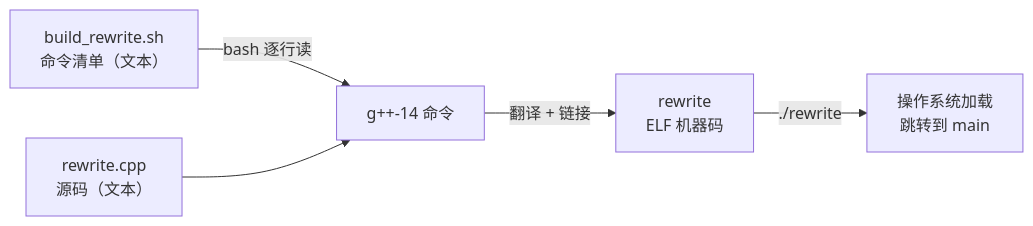
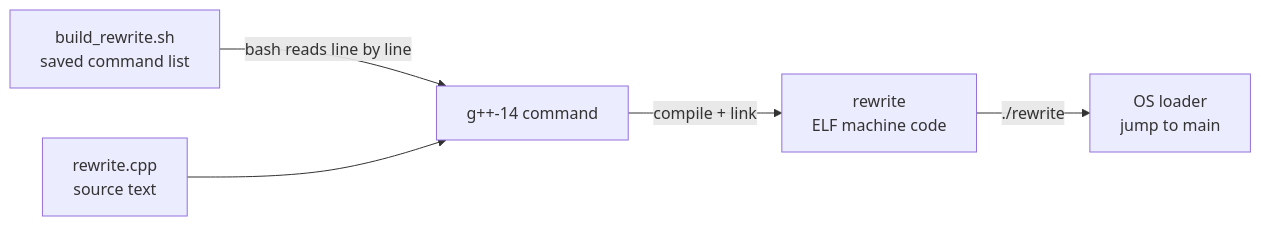
One commit to Korotomx/STD changed the diagram in Artificial_Intelligence/CUDA/学习笔记/T00 编译与链接 TensorRT 程序.md. Above: the diagram before and after it, drawn with Mermaid. The commit also changed other lines of this file and 173 other files, not shown here.

````diff
--- a/Artificial_Intelligence/CUDA/学习笔记/T00 编译与链接 TensorRT 程序.md
+++ b/Artificial_Intelligence/CUDA/学习笔记/T00 编译与链接 TensorRT 程序.md
@@ -23,7 +3,7 @@
 ```mermaid
 flowchart LR
-    S["build_rewrite.sh<br/>命令清单（文本）"] -->|"bash 逐行读"| G["g++-14 命令"]
-    A["rewrite.cpp<br/>源码（文本）"] --> G
-    G -->|"翻译 + 链接"| B["rewrite<br/>ELF 机器码"]
-    B -->|"./rewrite"| C["操作系统加载<br/>跳转到 main"]
+    S["build_rewrite.sh<br/>saved command list"] -->|"bash reads line by line"| G["g++-14 command"]
+    A["rewrite.cpp<br/>source text"] --> G
+    G -->|"compile + link"| B["rewrite<br/>ELF machine code"]
+    B -->|"./rewrite"| C["OS loader<br/>jump to main"]
 ```
````
